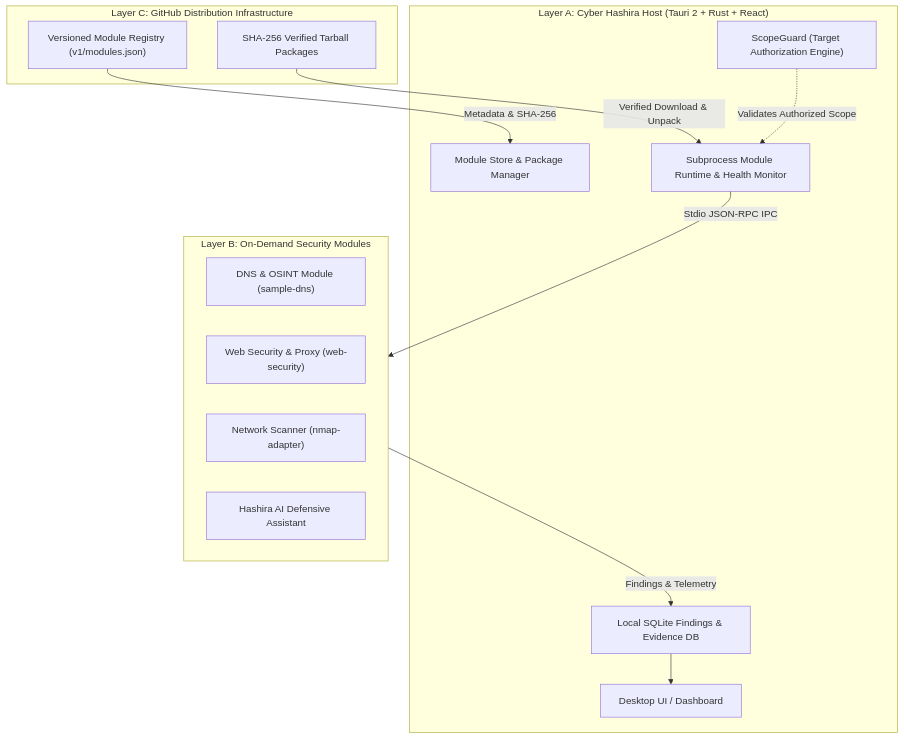
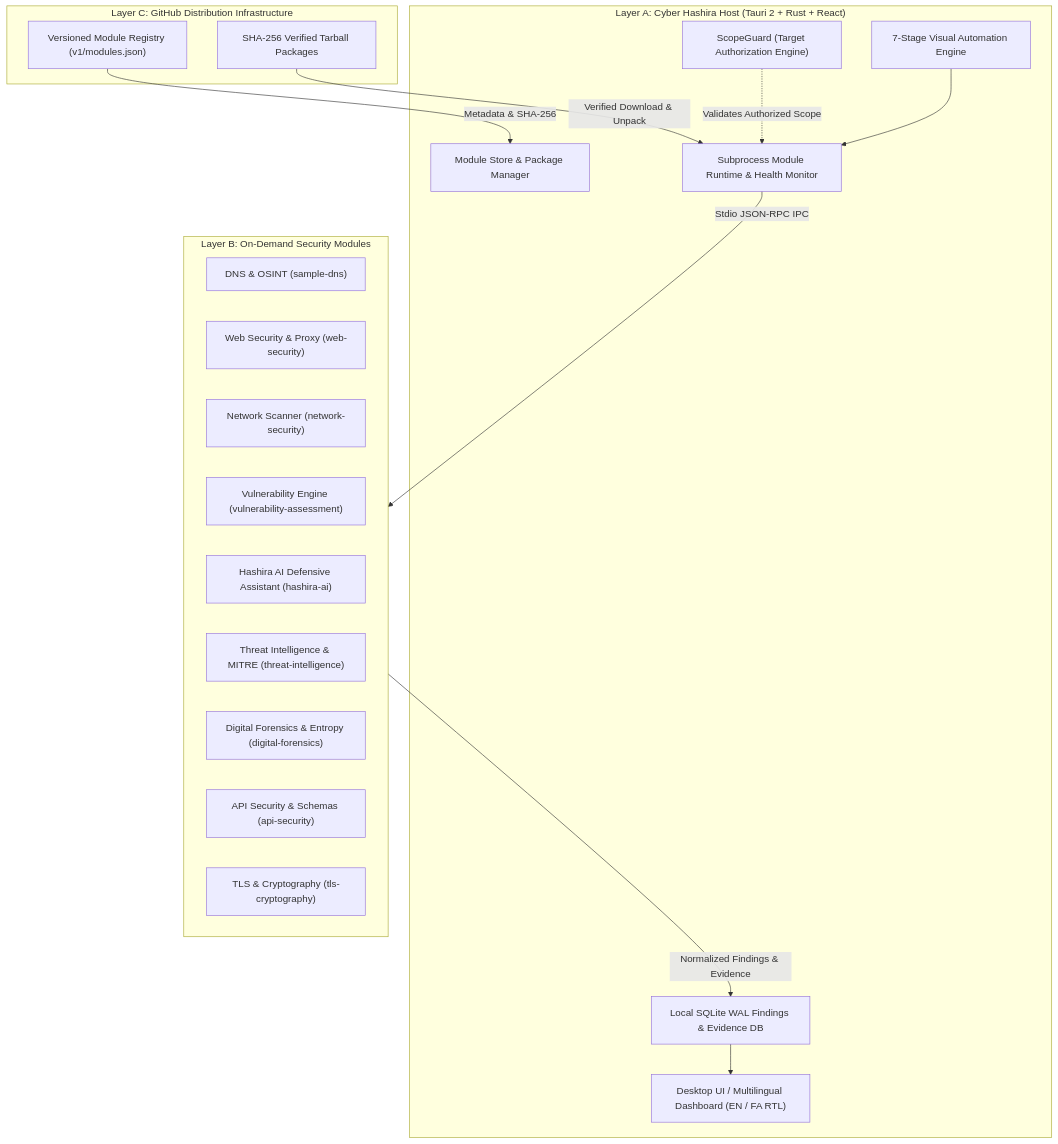
The diagram in README.md (VoidStudioos/Cyber-Hashira), drawn with Mermaid before and after one commit. The commit also changed other lines of this file and 145 other files, not shown here.

Commit message:
feat(release): Cyber Hashira v1.0.0 - complete modular cybersecurity workstation with 30 verified modules, audit reporting, and CI/CD runner

````diff
--- a/README.md
+++ b/README.md
@@ -33,29 +38,36 @@
 ```mermaid
 graph TD
     subgraph Host ["Layer A: Cyber Hashira Host (Tauri 2 + Rust + React)"]
-        UI["Desktop UI / Dashboard"]
+        UI["Desktop UI / Multilingual Dashboard (EN / FA RTL)"]
         Scope["ScopeGuard (Target Authorization Engine)"]
-        DB["Local SQLite Findings & Evidence DB"]
+        DB["Local SQLite WAL Findings & Evidence DB"]
         Store["Module Store & Package Manager"]
         Runtime["Subprocess Module Runtime & Health Monitor"]
+        Workflow["7-Stage Visual Automation Engine"]
     end
 
     subgraph Registry ["Layer C: GitHub Distribution Infrastructure"]
         Catalog["Versioned Module Registry (v1/modules.json)"]
         Artifacts["SHA-256 Verified Tarball Packages"]
     end
 
     subgraph Modules ["Layer B: On-Demand Security Modules"]
-        M1["DNS & OSINT Module (sample-dns)"]
+        M1["DNS & OSINT (sample-dns)"]
         M2["Web Security & Proxy (web-security)"]
-        M3["Network Scanner (nmap-adapter)"]
-        M4["Hashira AI Defensive Assistant"]
+        M3["Network Scanner (network-security)"]
+        M4["Vulnerability Engine (vulnerability-assessment)"]
+        M5["Hashira AI Defensive Assistant (hashira-ai)"]
+        M6["Threat Intelligence & MITRE (threat-intelligence)"]
+        M7["Digital Forensics & Entropy (digital-forensics)"]
+        M8["API Security & Schemas (api-security)"]
+        M9["TLS & Cryptography (tls-cryptography)"]
     end
 
     Catalog -->|Metadata & SHA-256| Store
     Artifacts -->|Verified Download & Unpack| Runtime
     Runtime -->|Stdio JSON-RPC IPC| Modules
     Scope -.->|Validates Authorized Scope| Runtime
-    Modules -->|Findings & Telemetry| DB
+    Modules -->|Normalized Findings & Evidence| DB
     DB --> UI
+    Workflow --> Runtime
 ```
````
